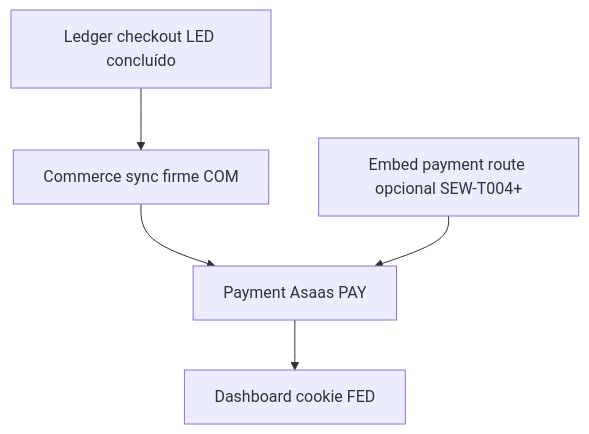
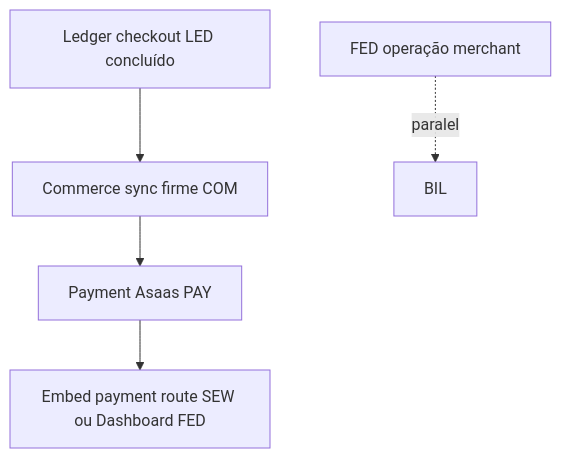
The diagram in docs/superpowers/plans/2026-05-03-aacp-module-progress-dashboard.md (costaadiego1989/zyon), drawn with Mermaid before and after one commit. The commit also changed other lines of this file and 24 other files, not shown here.

````diff
--- a/docs/superpowers/plans/2026-05-03-aacp-module-progress-dashboard.md
+++ b/docs/superpowers/plans/2026-05-03-aacp-module-progress-dashboard.md
@@ -118,7 +120,7 @@
 ```mermaid
 flowchart TD
   A[Ledger checkout LED concluído] --> B[Commerce sync firme COM]
   B --> C[Payment Asaas PAY]
-  C --> D[Dashboard cookie FED]
-  E[Embed payment route opcional SEW-T004+] --> C
+  C --> D[Embed payment route SEW ou Dashboard FED]
+  E[FED operação merchant] -.paralelo.-> BIL
 ```
````
